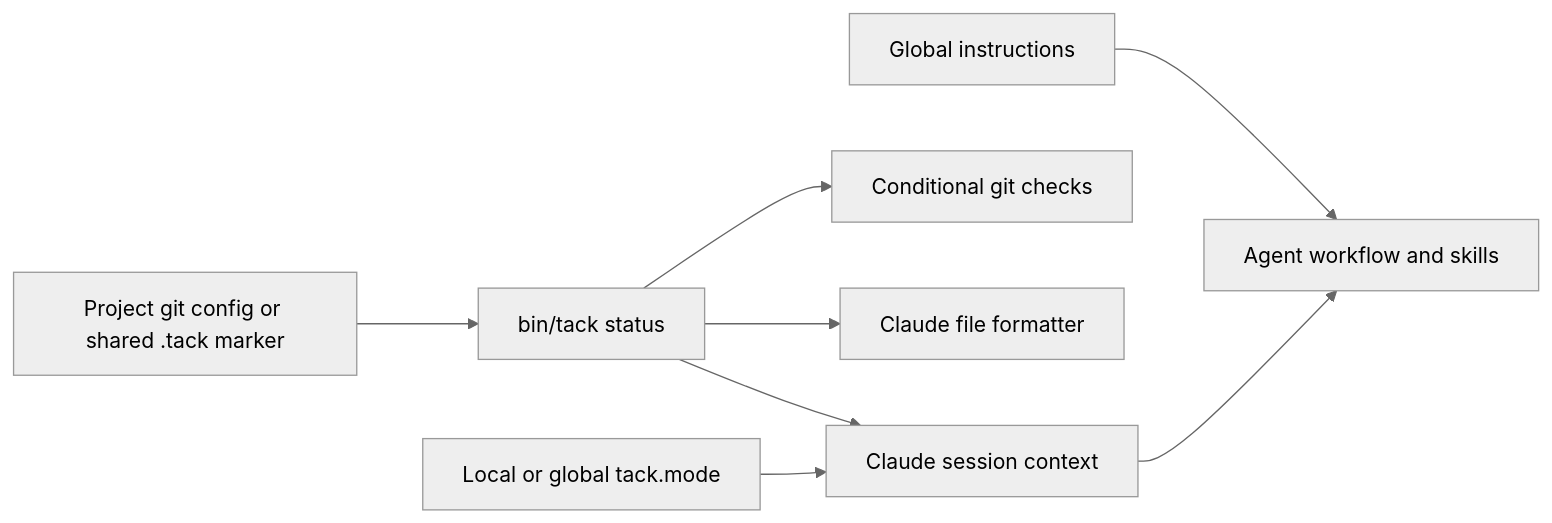
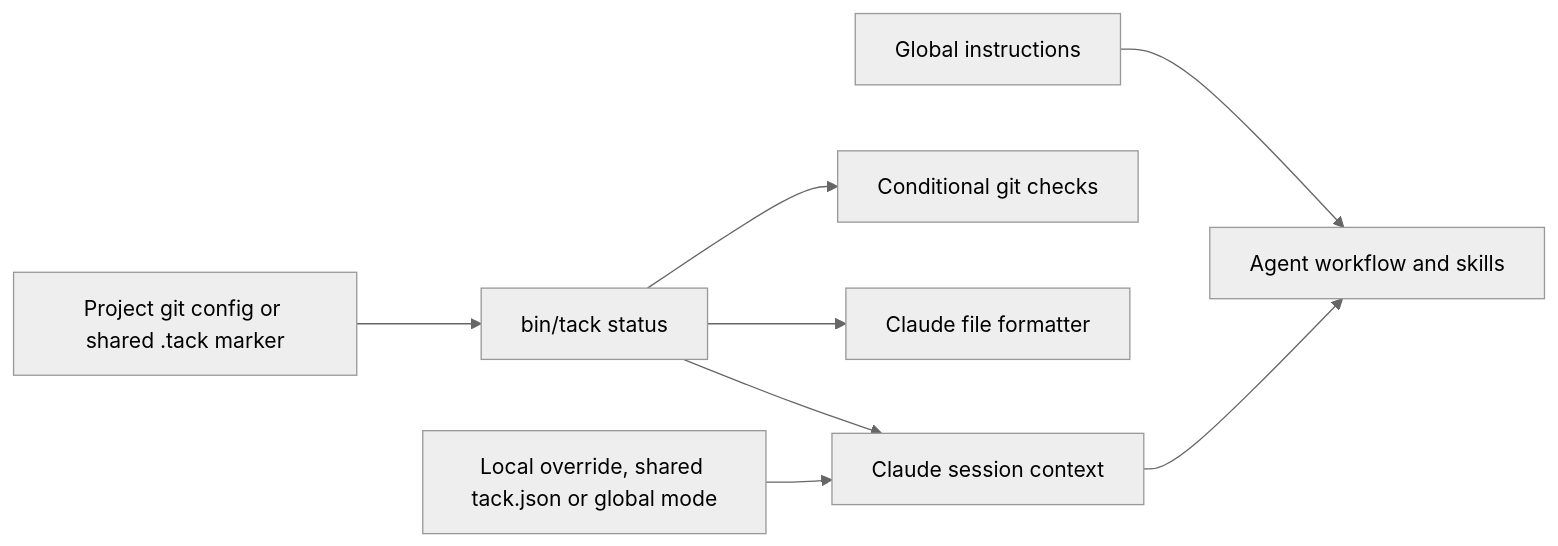
One commit to nbfrodri/agent-tack changed the second of 2 diagrams in docs/architecture.md. Above: the diagram before and after it, drawn with Mermaid (neutral theme). The commit also changed other lines of this file and 12 other files, not shown here.

````diff
--- a/docs/architecture.md
+++ b/docs/architecture.md
@@ -85,10 +85,10 @@
 ```mermaid
 flowchart LR
   project[Project git config or shared .tack marker] --> status[bin/tack status]
   status --> session[Claude session context]
-  mode[Local or global tack.mode] --> session
+  mode[Local override, shared tack.json or global mode] --> session
   status --> gitpolicy[Conditional git checks]
   status --> formatter[Claude file formatter]
   preferences[Global instructions] --> workflow[Agent workflow and skills]
   session --> workflow
 ```
````
